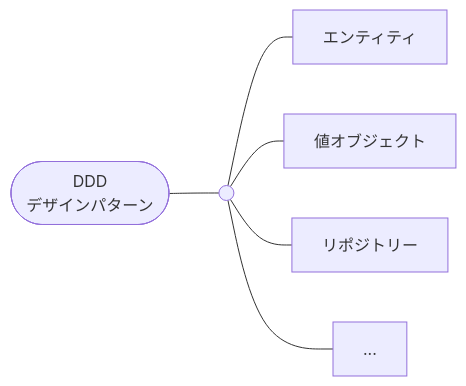
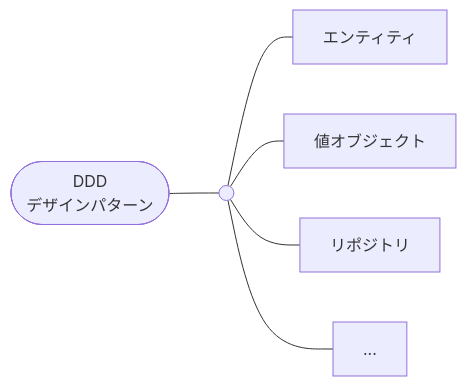
One commit to hiroki-it/tech-notebook changed the tenth of 24 diagrams in docs/software/software_application_architecture_microservices_cloudnative.md. Above: the diagram before and after it, drawn with Mermaid. The commit also changed other lines of this file and 9 other files, not shown here.

````diff
--- a/docs/software/software_application_architecture_microservices_cloudnative.md
+++ b/docs/software/software_application_architecture_microservices_cloudnative.md
@@ -878,10 +889,10 @@
 ```mermaid
 flowchart LR
 
   DDDデザインパターン([DDD<br>デザインパターン]) --- DDDデザインパターンの基点(( ))
   DDDデザインパターンの基点 --- エンティティ
   DDDデザインパターンの基点 --- 値オブジェクト
-  DDDデザインパターンの基点 --- リポジトリー
+  DDDデザインパターンの基点 --- リポジトリ
   DDDデザインパターンの基点 --- ...
 
 ```
````
